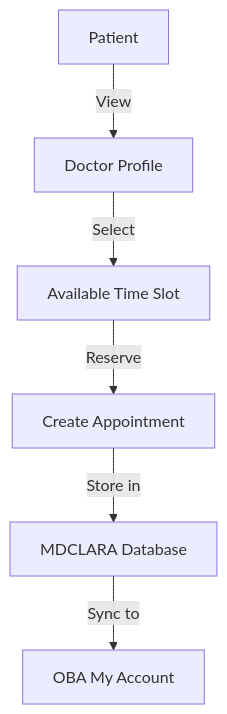
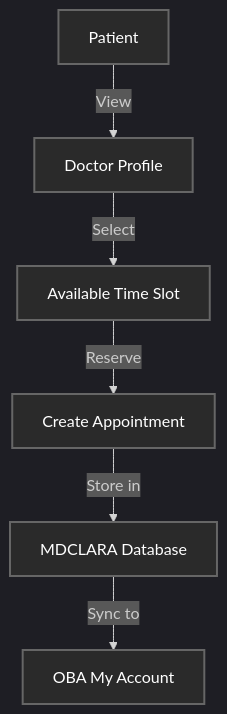
One commit to MOHAMEDHESMAM8/obahealthclub changed the fourth of 5 diagrams in index.md. Above: the diagram before and after it, drawn with Mermaid. The commit also changed other lines of this file, not shown here.

````diff
--- a/index.md
+++ b/index.md
@@ -93,8 +101,15 @@
 ```mermaid
+%%{init: {'theme': 'dark'}}%%
 flowchart TD
     A[Patient] -->|View| B[Doctor Profile]
     B -->|Select| C[Available Time Slot]
     C -->|Reserve| D[Create Appointment]
     D -->|Store in| E[MDCLARA Database]
     E -->|Sync to| F[OBA My Account]
+    style A fill:#2A2A2A,stroke:#666,stroke-width:2px,color:#fff
+    style B fill:#2A2A2A,stroke:#666,stroke-width:2px,color:#fff
+    style C fill:#2A2A2A,stroke:#666,stroke-width:2px,color:#fff
+    style D fill:#2A2A2A,stroke:#666,stroke-width:2px,color:#fff
+    style E fill:#2A2A2A,stroke:#666,stroke-width:2px,color:#fff
+    style F fill:#2A2A2A,stroke:#666,stroke-width:2px,color:#fff
 ```
````
